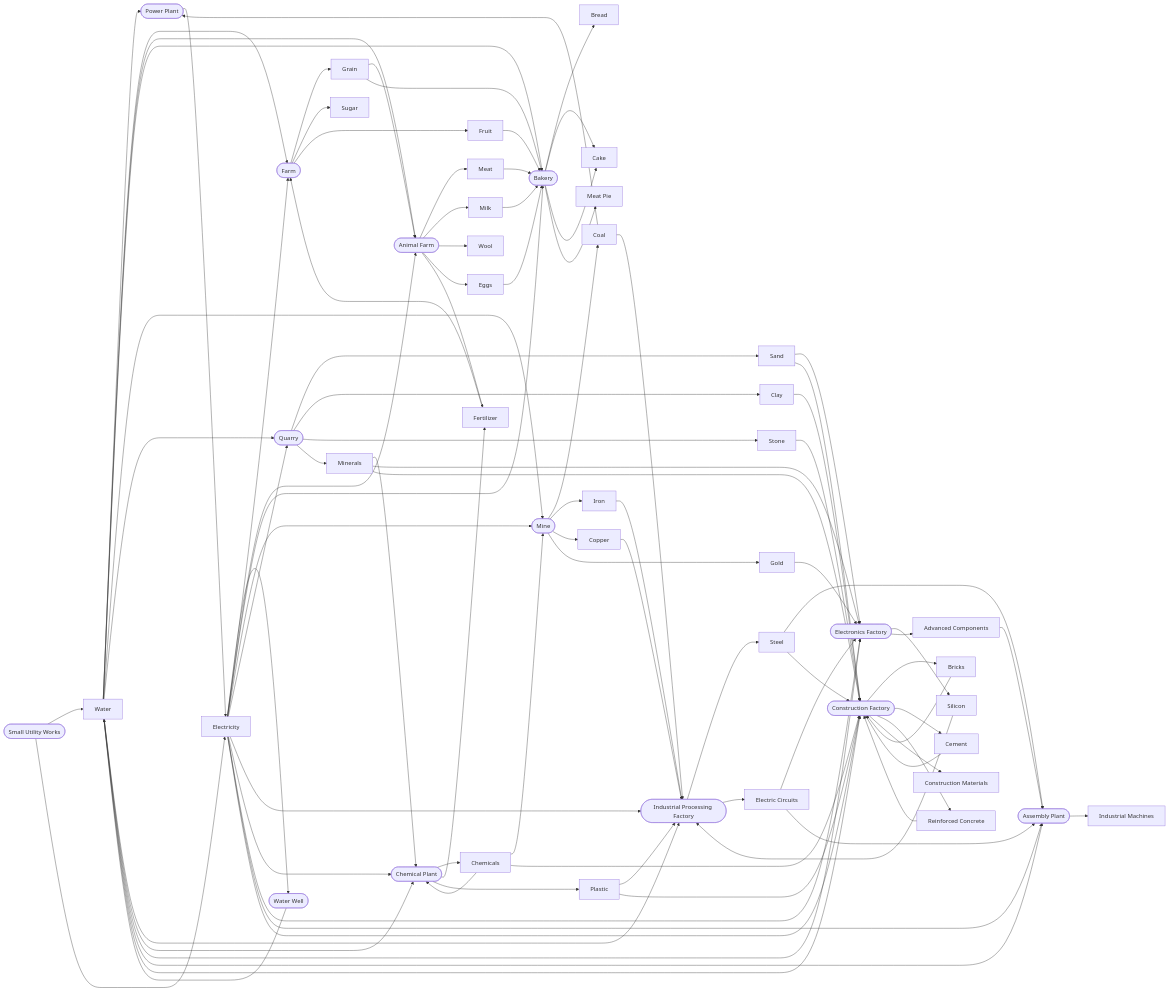
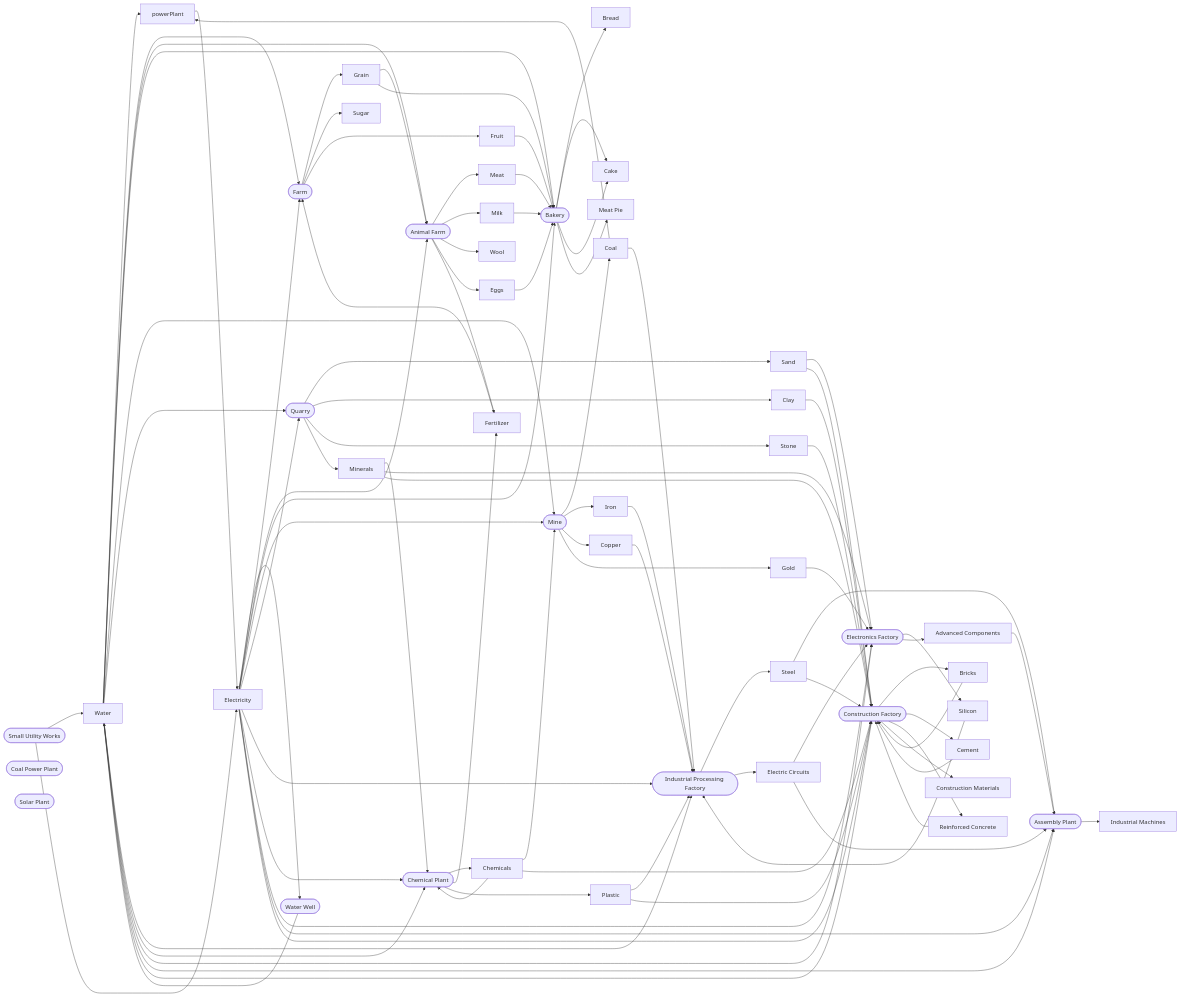
Before and after one commit to gram12321/industriClicker: the second of 2 diagrams in docs/WorkingDocs/VariableRelationshipMap.md, drawn with Mermaid. The commit also changed other lines of this file and 9 other files, not shown here.

```diff
--- a/docs/WorkingDocs/VariableRelationshipMap.md
+++ b/docs/WorkingDocs/VariableRelationshipMap.md
@@ -257,7 +258,8 @@
 
   utilityWorks([Small Utility Works])
   waterWell([Water Well])
-  powerPlant([Power Plant])
+  coalPowerPlant([Coal Power Plant])
+  solarPlant([Solar Plant])
   farm([Farm])
   animalFarm([Animal Farm])
   bakery([Bakery])
```
